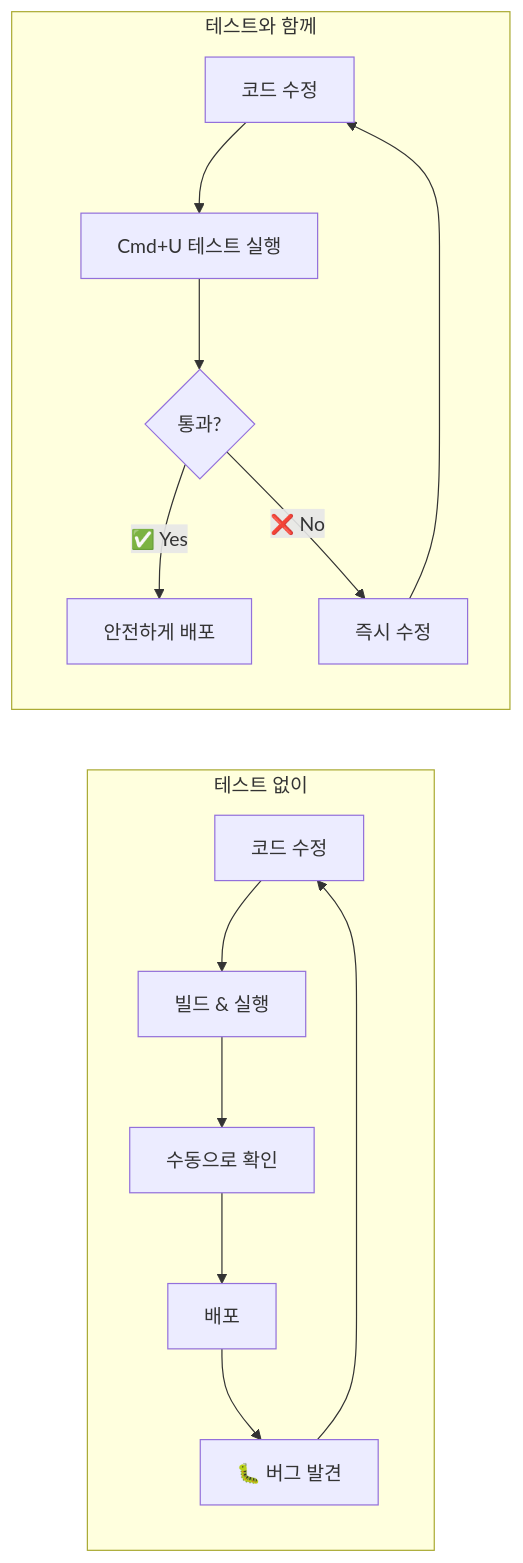
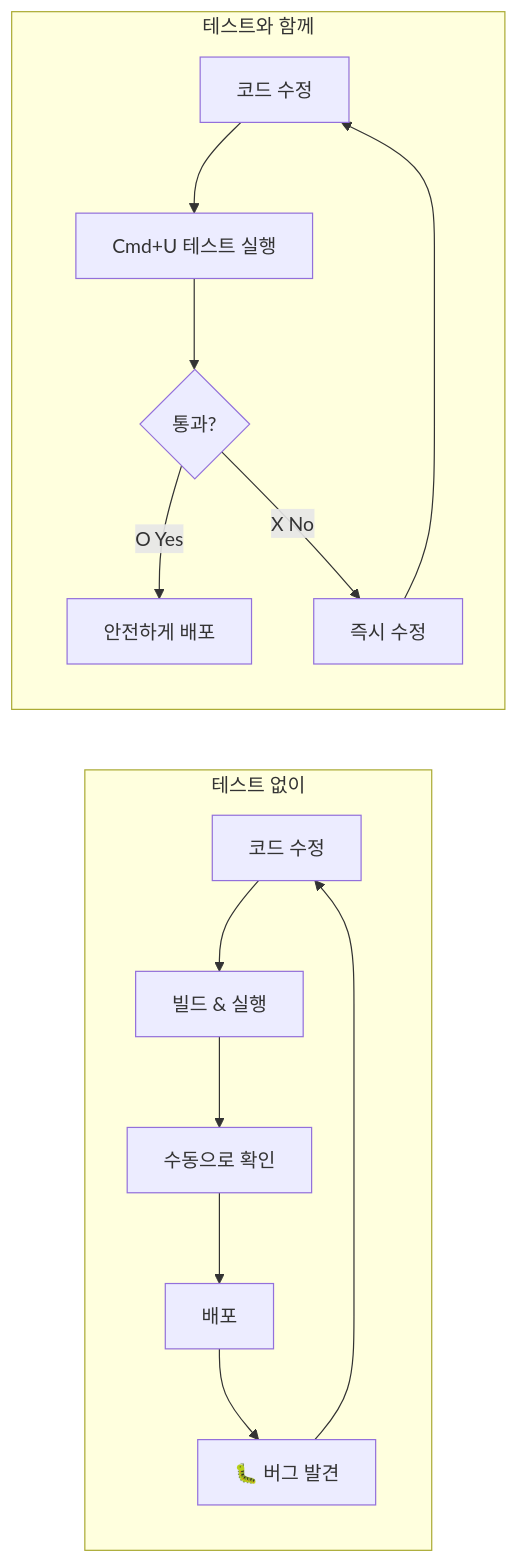
One commit to jsonpassion/forge-tutorial-swift changed the first of 3 diagrams in 12-testing-quality/01-unit-test.md. Above: the diagram before and after it, drawn with Mermaid. The commit also changed other lines of this file and 69 other files, not shown here.

````diff
--- a/12-testing-quality/01-unit-test.md
+++ b/12-testing-quality/01-unit-test.md
@@ -19,17 +19,17 @@
 ```mermaid
 flowchart LR
     subgraph WITHOUT["테스트 없이"]
         A1["코드 수정"] --> B1["빌드 & 실행"]
         B1 --> C1["수동으로 확인"]
         C1 --> D1["배포"]
         D1 --> E1["🐛 버그 발견"]
         E1 --> A1
     end
     subgraph WITH["테스트와 함께"]
         A2["코드 수정"] --> B2["Cmd+U 테스트 실행"]
         B2 --> C2{"통과?"}
-        C2 -->|"✅ Yes"| D2["안전하게 배포"]
-        C2 -->|"❌ No"| F2["즉시 수정"]
+        C2 -->|"O Yes"| D2["안전하게 배포"]
+        C2 -->|"X No"| F2["즉시 수정"]
         F2 --> A2
     end
 ```
````
